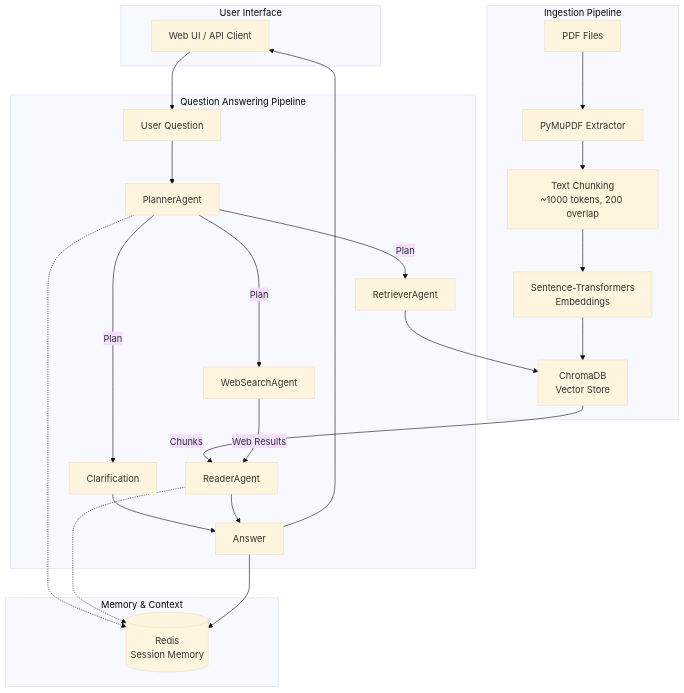
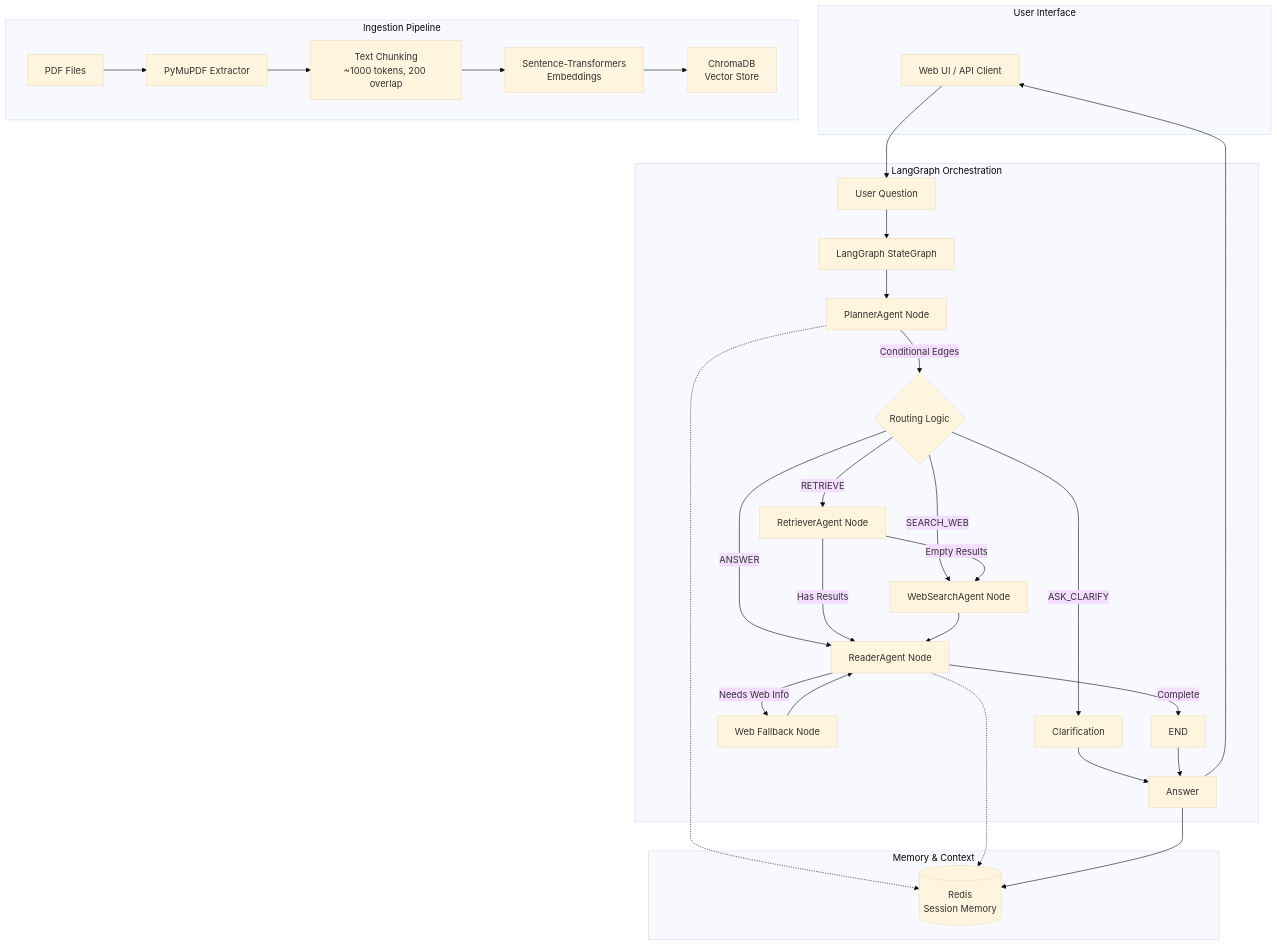
The diagram in README.md (Keith-paradox/Chat_PDF), drawn with Mermaid (base theme) before and after one commit. The commit also changed other lines of this file and 19 other files, not shown here.

````diff
--- a/README.md
+++ b/README.md
@@ -9,36 +11,42 @@
 ```mermaid
 flowchart TD
     subgraph "User Interface"
         UI[Web UI / API Client]
     end
     
     subgraph "Ingestion Pipeline"
         PDF[PDF Files] --> EXTRACT[PyMuPDF Extractor]
         EXTRACT --> CHUNK[Text Chunking<br/>~1000 tokens, 200 overlap]
         CHUNK --> EMBED[Sentence-Transformers<br/>Embeddings]
         EMBED --> CHROMA[ChromaDB<br/>Vector Store]
     end
     
-    subgraph "Question Answering Pipeline"
+    subgraph "LangGraph Orchestration"
         UI --> Q[User Question]
-        Q --> PLAN[PlannerAgent]
-        PLAN -->|Plan| RETRIEVE[RetrieverAgent]
-        PLAN -->|Plan| WEB[WebSearchAgent]
-        PLAN -->|Plan| CLARIFY[Clarification]
+        Q --> LG[LangGraph StateGraph]
+        LG --> PLAN[PlannerAgent Node]
+        PLAN -->|Conditional Edges| ROUTE{Routing Logic}
+        ROUTE -->|RETRIEVE| RETRIEVE[RetrieverAgent Node]
+        ROUTE -->|SEARCH_WEB| WEB[WebSearchAgent Node]
+        ROUTE -->|ANSWER| READER[ReaderAgent Node]
+        ROUTE -->|ASK_CLARIFY| CLARIFY[Clarification]
         
-        RETRIEVE --> CHROMA
-        CHROMA -->|Chunks| READER[ReaderAgent]
-        WEB -->|Web Results| READER
+        RETRIEVE -->|Empty Results| WEB
+        RETRIEVE -->|Has Results| READER
+        WEB --> READER
+        READER -->|Needs Web Info| FALLBACK[Web Fallback Node]
+        FALLBACK --> READER
+        READER -->|Complete| END[END]
         CLARIFY --> ANSWER[Answer]
-        READER --> ANSWER
+        END --> ANSWER
         ANSWER --> UI
     end
     
     subgraph "Memory & Context"
         REDIS[(Redis<br/>Session Memory)]
         PLAN -.-> REDIS
         READER -.-> REDIS
         ANSWER --> REDIS
     end
     
 ```
````
